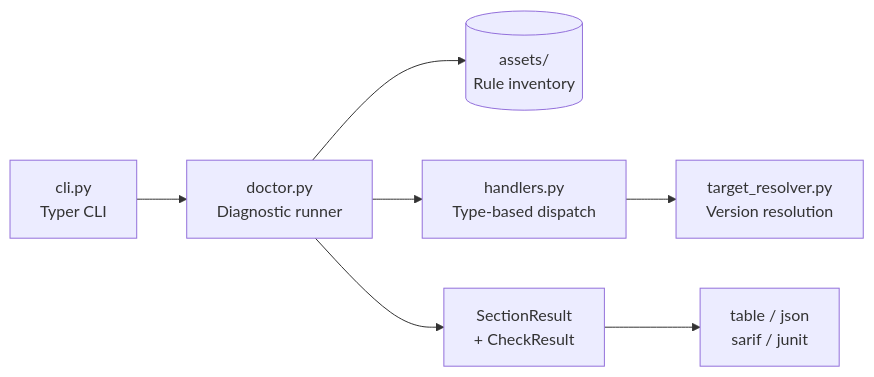
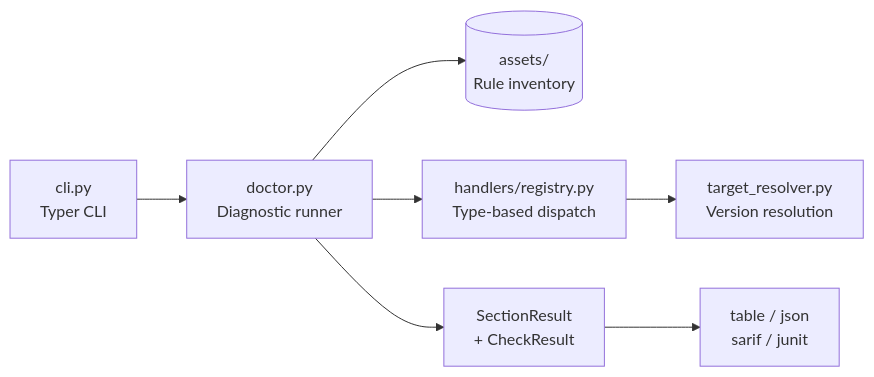
Before and after one commit to yeongseon/azure-functions-doctor-for-python: the diagram in README.md, drawn with Mermaid. The commit also changed other lines of this file and 6 other files, not shown here.

First line of the commit message:
docs: align JSON contract, architecture, and LLM docs with the shipped code

````diff
--- a/README.md
+++ b/README.md
@@ -281,9 +281,9 @@
 ```mermaid
 flowchart LR
     CLI["cli.py<br/>Typer CLI"] --> DOC["doctor.py<br/>Diagnostic runner"]
     DOC --> RULES[("assets/<br/>Rule inventory")]
-    DOC --> HDLR["handlers.py<br/>Type-based dispatch"]
+    DOC --> HDLR["handlers/registry.py<br/>Type-based dispatch"]
     HDLR --> TR["target_resolver.py<br/>Version resolution"]
     DOC --> RES["SectionResult<br/>+ CheckResult"]
     RES --> OUT["table / json<br/>sarif / junit"]
 ```
````
